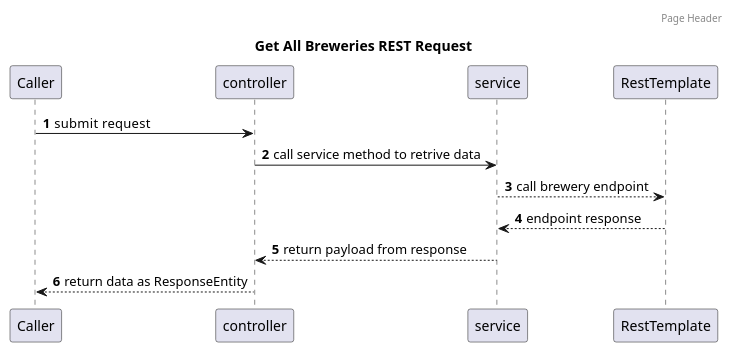
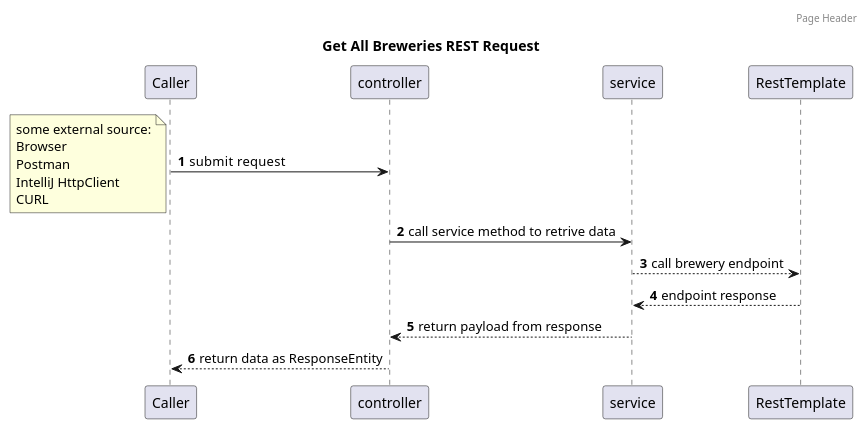
Before and after one commit to tek-kol/CaskMaster: the diagram in Assignments/uml/Get-All-Breweries.puml, drawn with PlantUML.

Commit message:
added note

```diff
--- a/Assignments/uml/Get-All-Breweries.puml
+++ b/Assignments/uml/Get-All-Breweries.puml
@@ -1,13 +1,14 @@
 @startuml
 autonumber
 header Page Header
 title Get All Breweries REST Request
 
 Caller -> controller: submit  request
+note left: some external source:\nBrowser\nPostman\nIntelliJ HttpClient\nCURL
 controller -> service: call service method to retrive data
 service --> RestTemplate: call brewery endpoint
 service <-- RestTemplate: endpoint response
 controller <-- service: return payload from response
 controller --> Caller: return data as ResponseEntity
 
 @enduml
```
